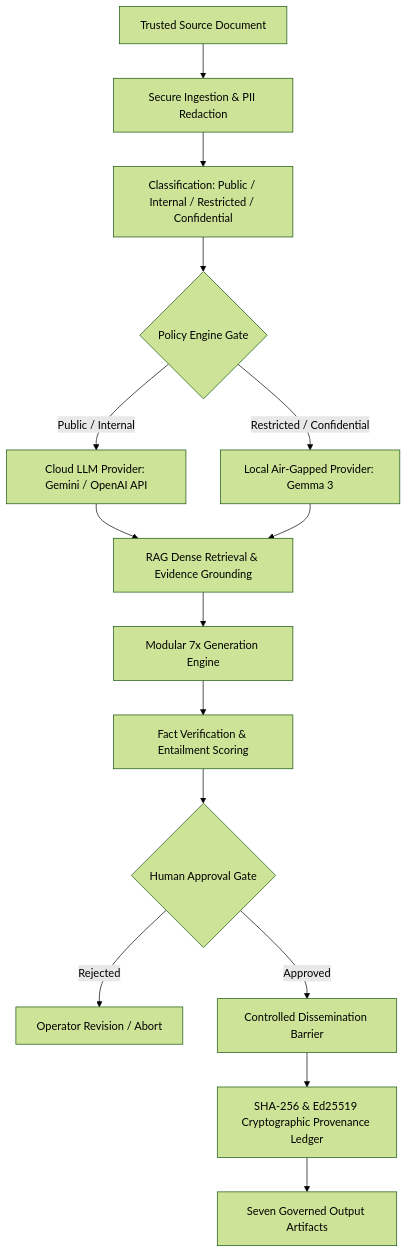
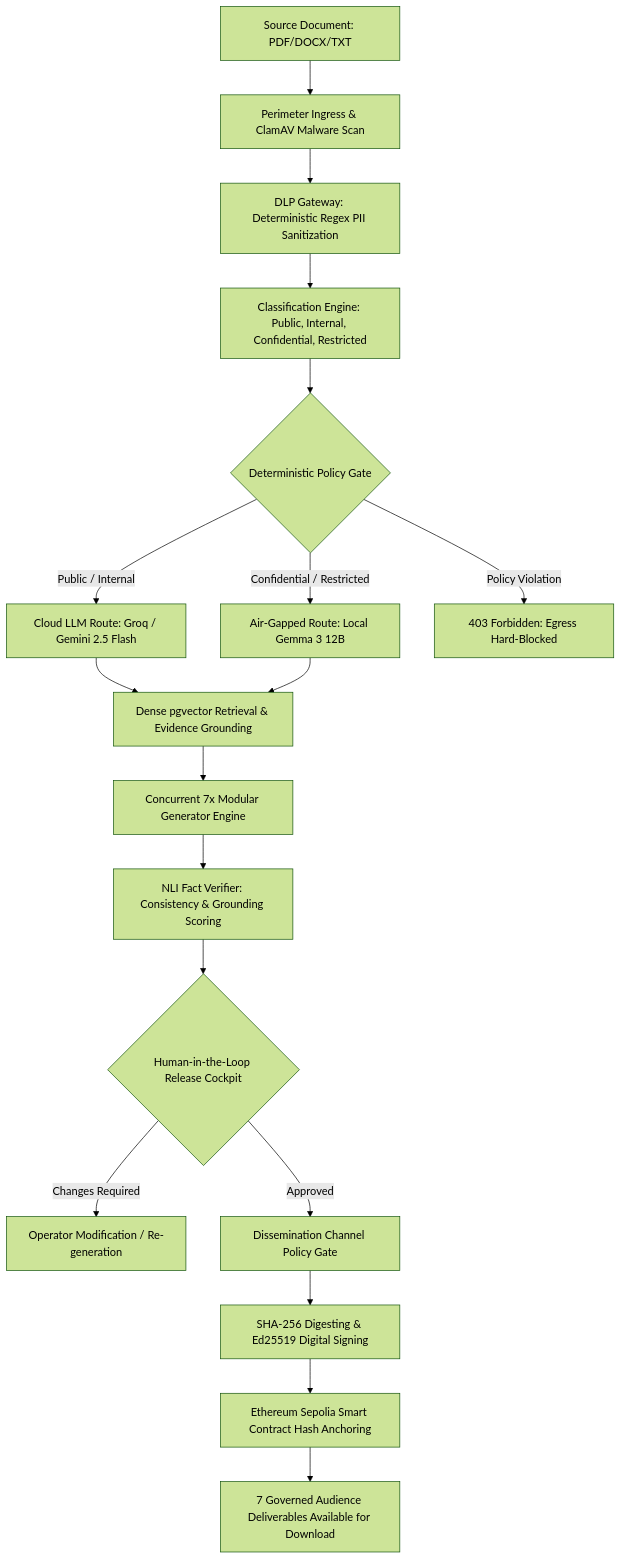
The diagram in README.md (KetanGaikwadKRG/KaryaSetu), drawn with Mermaid (forest theme) before and after one commit. The commit also changed other lines of this file and 3 other files, not shown here.

Commit message:
docs: comprehensive update of README, ARCHITECTURE, TECH_STACK, and SECURITY guides

````diff
--- a/README.md
+++ b/README.md
@@ -43,17 +100,20 @@
 ```mermaid
 flowchart TD
-    A[Trusted Source Document] --> B[Secure Ingestion & PII Redaction]
-    B --> C[Classification: Public / Internal / Restricted / Confidential]
-    C --> D{Policy Engine Gate}
-    D -->|Public / Internal| E1[Cloud LLM Provider: Gemini / OpenAI API]
-    D -->|Restricted / Confidential| E2[Local Air-Gapped Provider: Gemma 3]
-    E1 --> F[RAG Dense Retrieval & Evidence Grounding]
-    E2 --> F
-    F --> G[Modular 7x Generation Engine]
-    G --> H[Fact Verification & Entailment Scoring]
-    H --> I{Human Approval Gate}
-    I -->|Rejected| J[Operator Revision / Abort]
-    I -->|Approved| K[Controlled Dissemination Barrier]
-    K --> L[SHA-256 & Ed25519 Cryptographic Provenance Ledger]
-    L --> M[Seven Governed Output Artifacts]
+    A[Source Document: PDF/DOCX/TXT] --> B[Perimeter Ingress & ClamAV Malware Scan]
+    B --> C[DLP Gateway: Deterministic Regex PII Sanitization]
+    C --> D[Classification Engine: Public, Internal, Confidential, Restricted]
+    D --> E{Deterministic Policy Gate}
+    E -->|Public / Internal| F1[Cloud LLM Route: Groq / Gemini 2.5 Flash]
+    E -->|Confidential / Restricted| F2[Air-Gapped Route: Local Gemma 3 12B]
+    E -->|Policy Violation| F3[403 Forbidden: Egress Hard-Blocked]
+    F1 --> G[Dense pgvector Retrieval & Evidence Grounding]
+    F2 --> G
+    G --> H[Concurrent 7x Modular Generator Engine]
+    H --> I[NLI Fact Verifier: Consistency & Grounding Scoring]
+    I --> J{Human-in-the-Loop Release Cockpit}
+    J -->|Changes Required| K[Operator Modification / Re-generation]
+    J -->|Approved| L[Dissemination Channel Policy Gate]
+    L --> M[SHA-256 Digesting & Ed25519 Digital Signing]
+    M --> N[Ethereum Sepolia Smart Contract Hash Anchoring]
+    N --> O[7 Governed Audience Deliverables Available for Download]
 ```
````
